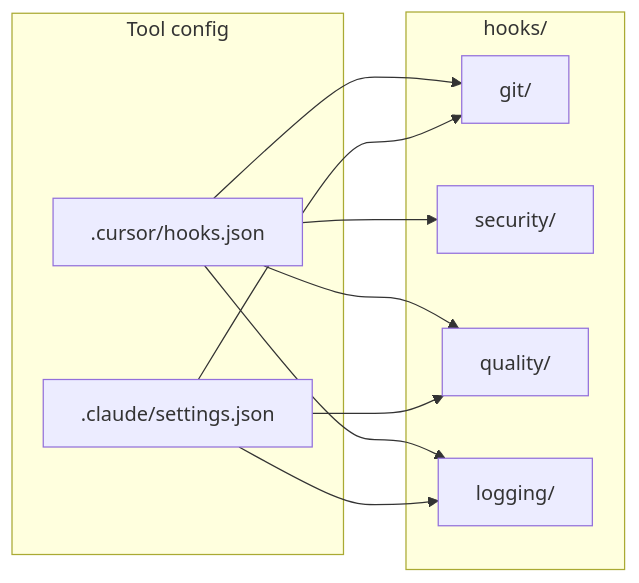
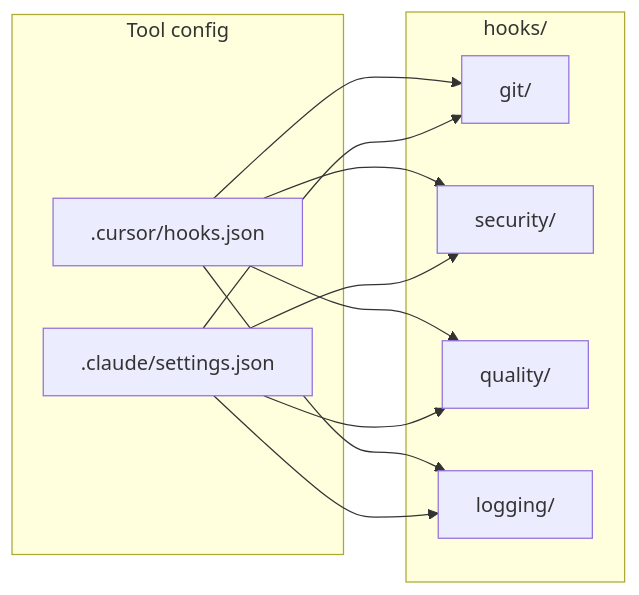
One commit to louisbrulenaudet/api-template changed the diagram in hooks/AGENTS.md. Above: the diagram before and after it, drawn with Mermaid. The commit also changed other lines of this file and 61 other files, not shown here.

First line of the commit message:
Enhance Claude Code Hooks and Security Measures

````diff
--- a/hooks/AGENTS.md
+++ b/hooks/AGENTS.md
@@ -42,20 +52,21 @@
 ```mermaid
 flowchart LR
   subgraph config [Tool config]
     Cursor[".cursor/hooks.json"]
     Claude[".claude/settings.json"]
   end
   subgraph scripts [hooks/]
     Git["git/"]
     Security["security/"]
     Quality["quality/"]
     Logging["logging/"]
   end
   Cursor --> Git
   Cursor --> Security
   Cursor --> Quality
   Cursor --> Logging
   Claude --> Git
+  Claude --> Security
   Claude --> Quality
   Claude --> Logging
 ```
````
